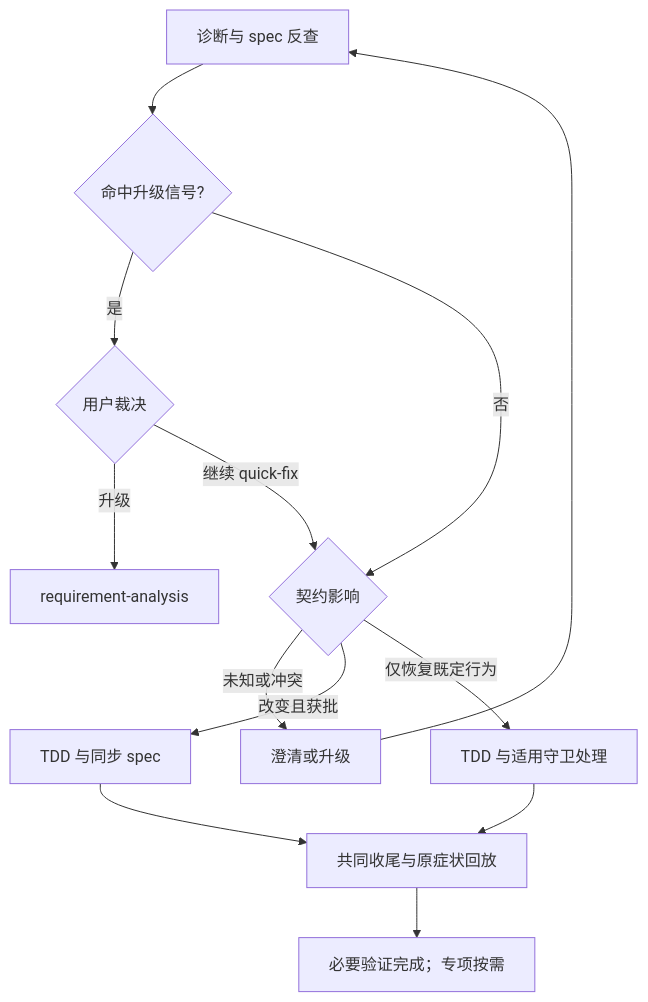
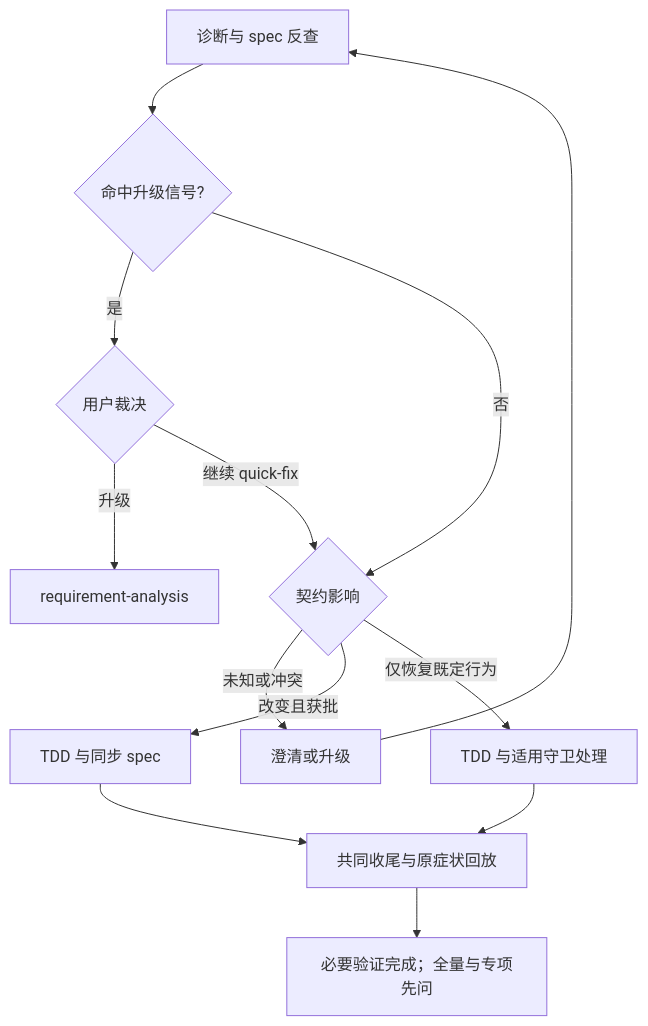
Before and after one commit to FlameMida/spec-dev: the diagram in skills/quick-fix/SKILL.md, drawn with Mermaid. The commit also changed other lines of this file and 15 other files, not shown here.

````diff
--- a/skills/quick-fix/SKILL.md
+++ b/skills/quick-fix/SKILL.md
@@ -31,15 +33,15 @@
 ```mermaid
 flowchart TD
     D["诊断与 spec 反查"] --> U{"命中升级信号?"}
     U -->|是| User{"用户裁决"}
     User -->|升级| RA["requirement-analysis"]
     User -->|继续 quick-fix| K{"契约影响"}
     U -->|否| K
     K -->|未知或冲突| C[澄清或升级]
     C --> D
     K -->|改变且获批| A["TDD 与同步 spec"]
     K -->|仅恢复既定行为| B["TDD 与适用守卫处理"]
     A --> Close["共同收尾与原症状回放"]
     B --> Close
-    Close --> QA["必要验证完成；专项按需"]
+    Close --> QA["必要验证完成；全量与专项先问"]
 ```
````
